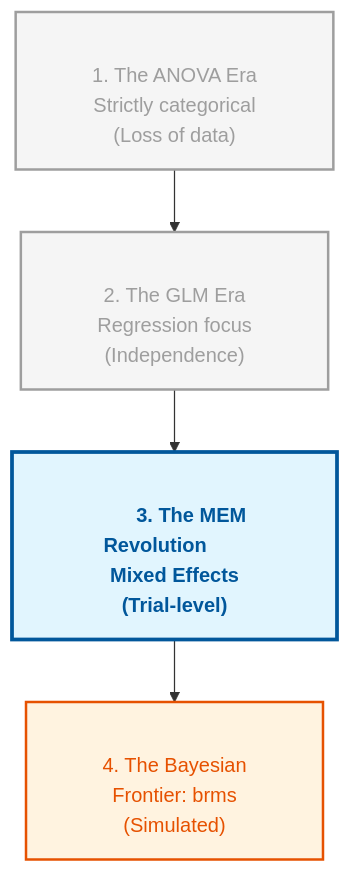
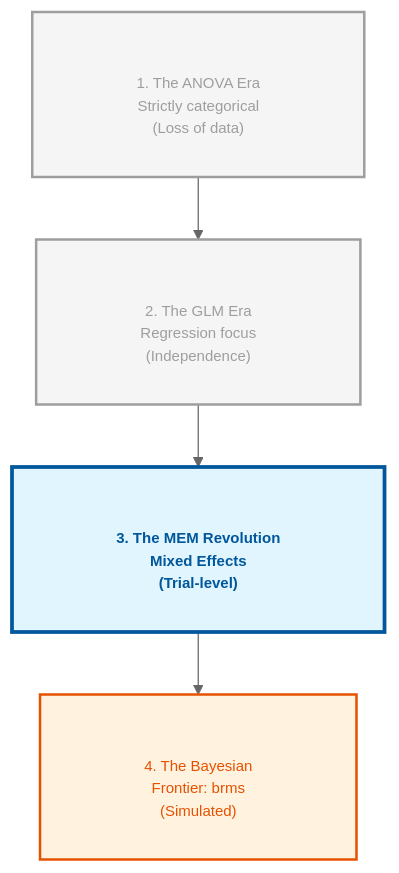
The diagram in Mixed_Effects_Models/Mastery_Guide_Mixed_Effects_Models.md (GM024/CourseSummaries), drawn with Mermaid before and after one commit. The commit also changed other lines of this file, not shown here.

````diff
--- a/Mixed_Effects_Models/Mastery_Guide_Mixed_Effects_Models.md
+++ b/Mixed_Effects_Models/Mastery_Guide_Mixed_Effects_Models.md
@@ -17,19 +17,19 @@
 ```mermaid
-%%{init: { 'flowchart': { 'padding': 30, 'useMaxWidth': false, 'htmlLabels': true }, 'theme': 'neutral', 'themeVariables': { 'fontSize': '12px', 'fontFamily': '-apple-system,BlinkMacSystemFont,"Segoe UI",Helvetica,Arial,sans-serif' }}}%%
+%%{init: { "flowchart": { "padding": 30, "useMaxWidth": false, "htmlLabels": true }, "theme": "neutral", "themeVariables": { "fontSize": "12px", "fontFamily": "sans-serif" }}}%%
 graph TD
     classDef legacy fill:#f5f5f5,stroke:#9e9e9e,stroke-width:2px,color:#9e9e9e;
     classDef current fill:#e1f5fe,stroke:#01579b,stroke-width:3px,color:#01579b,font-weight:bold;
     classDef future fill:#fff3e0,stroke:#e65100,stroke-width:2px,color:#e65100;
 
     A["<br/>&nbsp;&nbsp;&nbsp;&nbsp;&nbsp;&nbsp; 1. The ANOVA Era &nbsp;&nbsp;&nbsp;&nbsp;&nbsp;&nbsp;<br/>&nbsp;&nbsp;&nbsp;&nbsp;&nbsp;&nbsp; Strictly categorical &nbsp;&nbsp;&nbsp;&nbsp;&nbsp;&nbsp;<br/>&nbsp;&nbsp;&nbsp;&nbsp;&nbsp;&nbsp; (Loss of data) &nbsp;&nbsp;&nbsp;&nbsp;&nbsp;&nbsp;<br/>"]:::legacy
     
     B["<br/>&nbsp;&nbsp;&nbsp;&nbsp;&nbsp;&nbsp; 2. The GLM Era &nbsp;&nbsp;&nbsp;&nbsp;&nbsp;&nbsp;<br/>&nbsp;&nbsp;&nbsp;&nbsp;&nbsp;&nbsp; Regression focus &nbsp;&nbsp;&nbsp;&nbsp;&nbsp;&nbsp;<br/>&nbsp;&nbsp;&nbsp;&nbsp;&nbsp;&nbsp; (Independence) &nbsp;&nbsp;&nbsp;&nbsp;&nbsp;&nbsp;<br/>"]:::legacy
 
     C["<br/>&nbsp;&nbsp;&nbsp;&nbsp;&nbsp;&nbsp; 3. The MEM Revolution &nbsp;&nbsp;&nbsp;&nbsp;&nbsp;&nbsp;<br/>&nbsp;&nbsp;&nbsp;&nbsp;&nbsp;&nbsp; <span style='color:#e63946'><b>Mixed Effects</b></span> &nbsp;&nbsp;&nbsp;&nbsp;&nbsp;&nbsp;<br/>&nbsp;&nbsp;&nbsp;&nbsp;&nbsp;&nbsp; (Trial-level) &nbsp;&nbsp;&nbsp;&nbsp;&nbsp;&nbsp;<br/>"]:::current
 
     D["<br/>&nbsp;&nbsp;&nbsp;&nbsp;&nbsp;&nbsp; 4. The Bayesian &nbsp;&nbsp;&nbsp;&nbsp;&nbsp;&nbsp;<br/>&nbsp;&nbsp;&nbsp;&nbsp;&nbsp;&nbsp; Frontier: brms &nbsp;&nbsp;&nbsp;&nbsp;&nbsp;&nbsp;<br/>&nbsp;&nbsp;&nbsp;&nbsp;&nbsp;&nbsp; (Simulated) &nbsp;&nbsp;&nbsp;&nbsp;&nbsp;&nbsp;<br/>"]:::future
 
     A --> B
     B --> C
     C --> D
 ```
````
